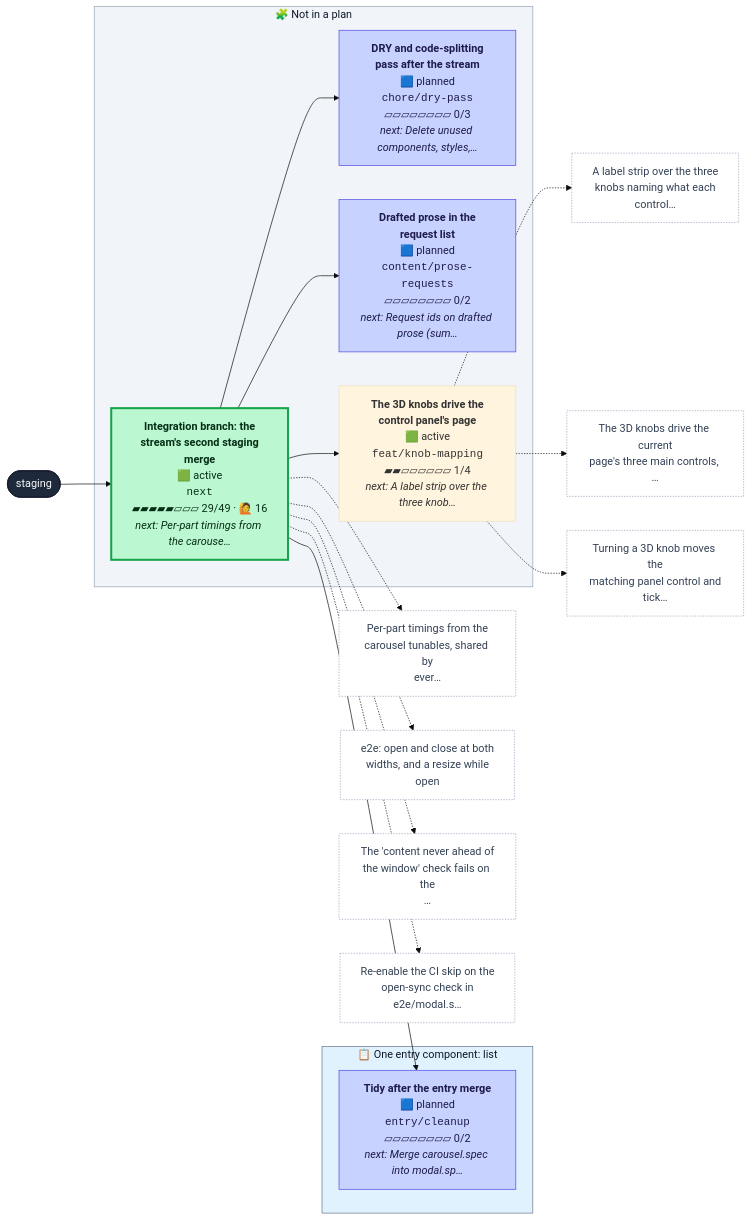
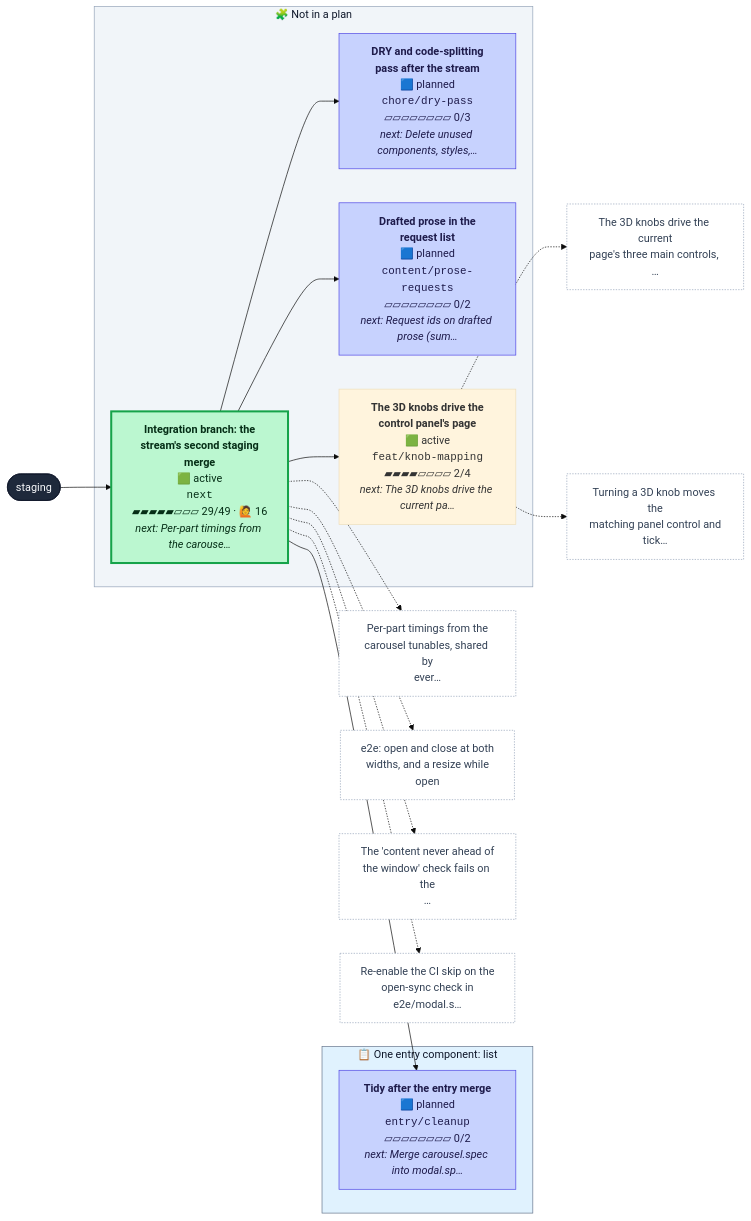
Before and after one commit to henryjonescodes/portfolio: the first of 2 diagrams in CONTRIBUTING.md, drawn with Mermaid (base theme). The commit also changed other lines of this file, not shown here.

````diff
--- a/CONTRIBUTING.md
+++ b/CONTRIBUTING.md
@@ -16,56 +16,53 @@
 ```mermaid
 flowchart LR
   n_staging([staging])
   class n_staging trunk
   subgraph plan_0["📋 One entry component: list"]
     n_entry_cleanup["<b>Tidy after the entry merge</b><br/>🟦 planned<br/><code>entry/cleanup</code><br/>▱▱▱▱▱▱▱▱ 0/2<br/><i>next: Merge carousel.spec into modal.sp…</i>"]
     class n_entry_cleanup planned
   end
   style plan_0 fill:#e0f2fe,stroke:#64748b,color:#0f172a
   subgraph loose["🧩 Not in a plan"]
     n_chore_dry_pass["<b>DRY and code-splitting<br/>pass after the stream</b><br/>🟦 planned<br/><code>chore/dry-pass</code><br/>▱▱▱▱▱▱▱▱ 0/3<br/><i>next: Delete unused components, styles,…</i>"]
     class n_chore_dry_pass planned
     n_content_prose_requests["<b>Drafted prose in the<br/>request list</b><br/>🟦 planned<br/><code>content/prose-requests</code><br/>▱▱▱▱▱▱▱▱ 0/2<br/><i>next: Request ids on drafted prose (sum…</i>"]
     class n_content_prose_requests planned
-    n_feat_knob_mapping["<b>The 3D knobs drive the<br/>control panel's page</b><br/>🟩 active<br/><code>feat/knob-mapping</code><br/>▰▰▱▱▱▱▱▱ 1/4<br/><i>next: A label strip over the three knob…</i>"]
+    n_feat_knob_mapping["<b>The 3D knobs drive the<br/>control panel's page</b><br/>🟩 active<br/><code>feat/knob-mapping</code><br/>▰▰▰▰▱▱▱▱ 2/4<br/><i>next: The 3D knobs drive the current pa…</i>"]
     class n_feat_knob_mapping active,current
     n_next["<b>Integration branch: the<br/>stream's second staging<br/>merge</b><br/>🟩 active<br/><code>next</code><br/>▰▰▰▰▰▱▱▱ 29/49 · 🙋 16<br/><i>next: Per-part timings from the carouse…</i>"]
     class n_next active
   end
   style loose fill:#f1f5f9,stroke:#94a3b8,color:#0f172a
   n_next --> n_chore_dry_pass
   n_next --> n_content_prose_requests
   n_next --> n_entry_cleanup
   n_next --> n_feat_knob_mapping
   n_staging --> n_next
-  n_feat_knob_mapping_t0["A label strip over the three<br/>knobs naming what each<br/>control…"]
+  n_feat_knob_mapping_t0["The 3D knobs drive the current<br/>page's three main controls, …"]
   class n_feat_knob_mapping_t0 todo
   n_feat_knob_mapping -.-> n_feat_knob_mapping_t0
-  n_feat_knob_mapping_t1["The 3D knobs drive the current<br/>page's three main controls, …"]
+  n_feat_knob_mapping_t1["Turning a 3D knob moves the<br/>matching panel control and<br/>tick…"]
   class n_feat_knob_mapping_t1 todo
   n_feat_knob_mapping -.-> n_feat_knob_mapping_t1
-  n_feat_knob_mapping_t2["Turning a 3D knob moves the<br/>matching panel control and<br/>tick…"]
-  class n_feat_knob_mapping_t2 todo
-  n_feat_knob_mapping -.-> n_feat_knob_mapping_t2
   n_next_t0["Per-part timings from the<br/>carousel tunables, shared by<br/>ever…"]
   class n_next_t0 todo
   n_next -.-> n_next_t0
   n_next_t1["e2e: open and close at both<br/>widths, and a resize while<br/>open"]
   class n_next_t1 todo
   n_next -.-> n_next_t1
   n_next_t2["The 'content never ahead of<br/>the window' check fails on the<br/>…"]
   class n_next_t2 todo
   n_next -.-> n_next_t2
   n_next_t3["Re-enable the CI skip on the<br/>open-sync check in<br/>e2e/modal.s…"]
   class n_next_t3 todo
   n_next -.-> n_next_t3
   classDef merged fill:#dcfce7,stroke:#16a34a,color:#052e16
   classDef todo fill:#ffffff,stroke:#94a3b8,stroke-dasharray:2 2,color:#334155
   classDef planned fill:#c7d2fe,stroke:#4f46e5,color:#1e1b4b
   classDef sketched fill:#f8fafc,stroke:#64748b,stroke-dasharray:4 3,color:#334155
   classDef active fill:#bbf7d0,stroke:#16a34a,stroke-width:3px,color:#052e16
   classDef review fill:#fde68a,stroke:#d97706,stroke-width:3px,color:#451a03
   classDef blocked fill:#fecaca,stroke:#dc2626,stroke-width:3px,color:#450a0a
   classDef trunk fill:#1e293b,stroke:#0f172a,color:#f8fafc
   classDef current stroke:#0ea5e9,stroke-width:5px
 ```
````
